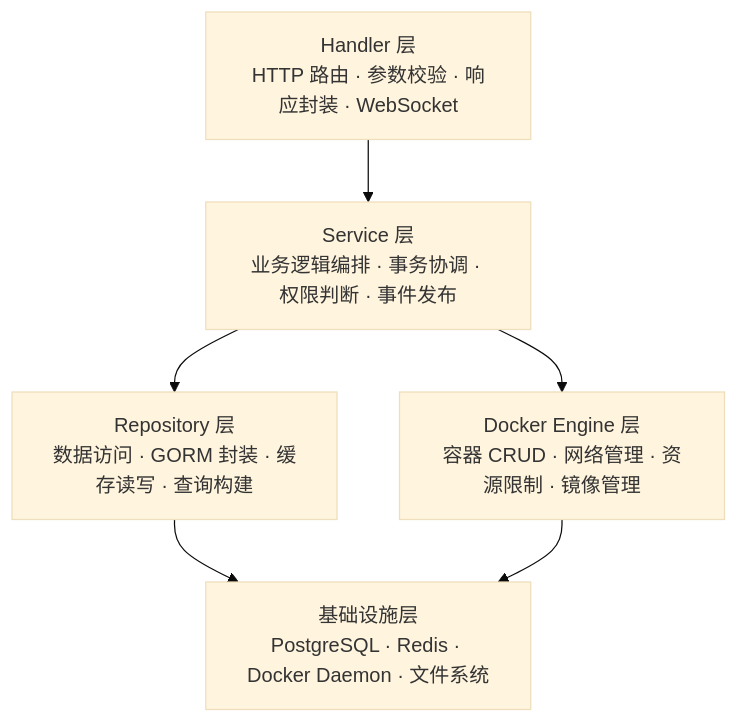
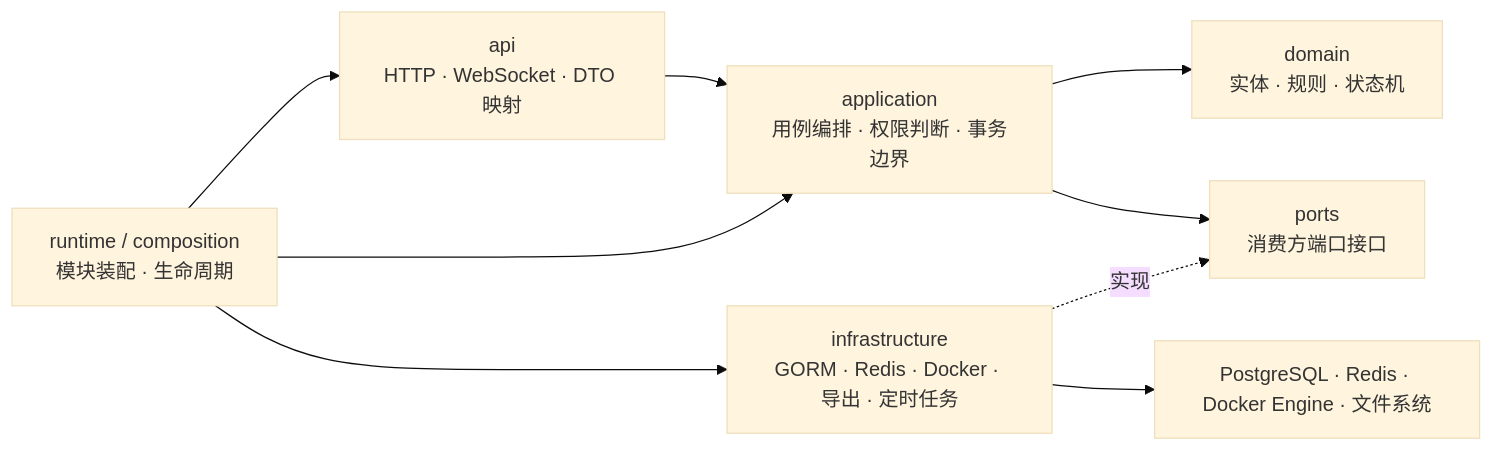
Before and after one commit to architectcgz/ctf: the second of 7 diagrams in docs/architecture/backend/01-system-architecture.md, drawn with Mermaid (base theme). The commit also changed other lines of this file and 397 other files, not shown here.

````diff
--- a/docs/architecture/backend/01-system-architecture.md
+++ b/docs/architecture/backend/01-system-architecture.md
@@ -49,14 +51,11 @@
 ```mermaid
-flowchart TD
-    H["Handler 层\nHTTP 路由 · 参数校验 · 响应封装 · WebSocket"]
-    S["Service 层\n业务逻辑编排 · 事务协调 · 权限判断 · 事件发布"]
-    R["Repository 层\n数据访问 · GORM 封装 · 缓存读写 · 查询构建"]
-    D["Docker Engine 层\n容器 CRUD · 网络管理 · 资源限制 · 镜像管理"]
-    I["基础设施层\nPostgreSQL · Redis · Docker Daemon · 文件系统"]
-
-    H --> S
-    S --> R
-    S --> D
-    R --> I
-    D --> I
+flowchart LR
+    API["api\nHTTP · WebSocket · DTO 映射"] --> APP["application\n用例编排 · 权限判断 · 事务边界"]
+    APP --> DOMAIN["domain\n实体 · 规则 · 状态机"]
+    APP --> PORTS["ports\n消费方端口接口"]
+    INFRA["infrastructure\nGORM · Redis · Docker · 导出 · 定时任务"] -.实现.-> PORTS
+    RUNTIME["runtime / composition\n模块装配 · 生命周期"] --> API
+    RUNTIME --> APP
+    RUNTIME --> INFRA
+    INFRA --> EXT["PostgreSQL · Redis · Docker Engine · 文件系统"]
 ```
````
